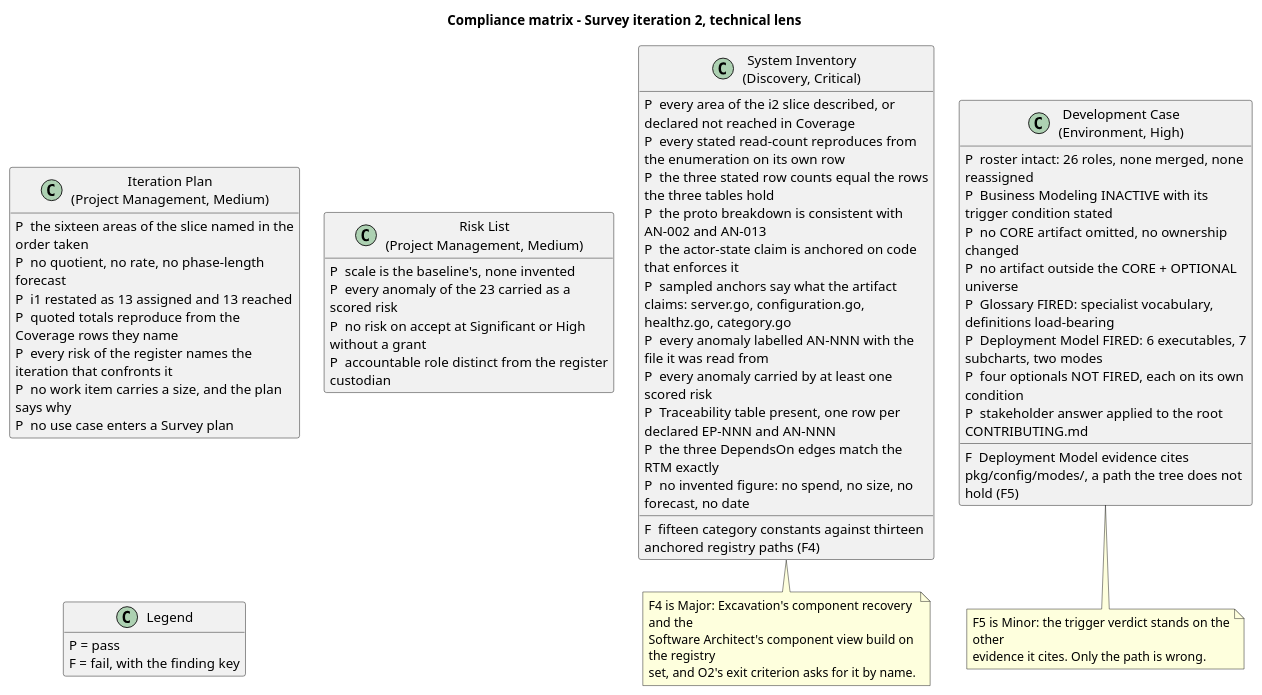
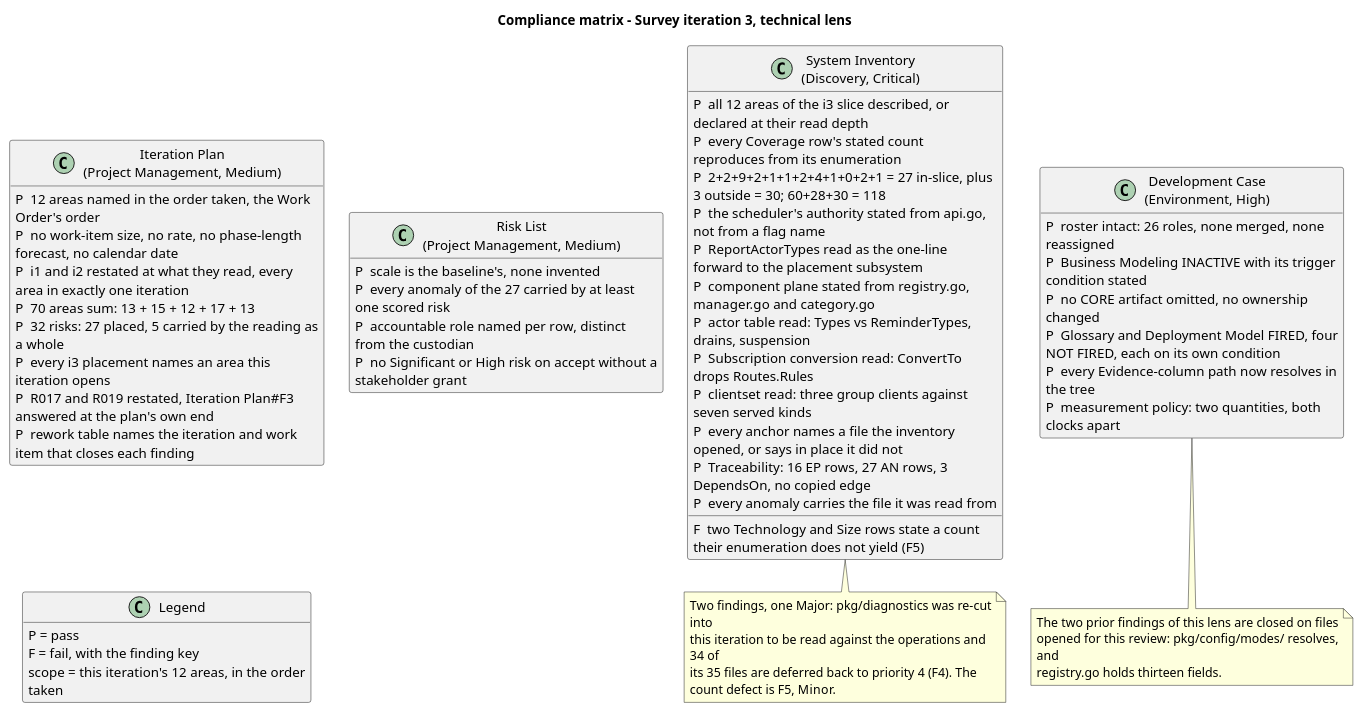
The second of 12 diagrams in docs/artifacts/project-management/review-record.md (banense-test/dapr), drawn with PlantUML before and after one commit. The commit also changed other lines of this file, not shown here.

First line of the commit message:
Reviewer [Survey3]: upsert Review Record

````diff
--- a/docs/artifacts/project-management/review-record.md
+++ b/docs/artifacts/project-management/review-record.md
@@ -234,69 +240,71 @@
 ```plantuml
 @startuml
-title Compliance matrix - Survey iteration 2, technical lens
+title Compliance matrix - Survey iteration 3, technical lens
 hide empty members
 skinparam classAttributeIconSize 0
-skinparam wrapWidth 300
+skinparam wrapWidth 320
 skinparam nodesep 26
 skinparam ranksep 34
 
 class "System Inventory\n(Discovery, Critical)" as SI {
-  P  every area of the i2 slice described, or declared not reached in Coverage
-  P  every stated read-count reproduces from the enumeration on its own row
-  P  the three stated row counts equal the rows the three tables hold
-  P  the proto breakdown is consistent with AN-002 and AN-013
-  P  the actor-state claim is anchored on code that enforces it
-  P  sampled anchors say what the artifact claims: server.go, configuration.go, healthz.go, category.go
-  F  fifteen category constants against thirteen anchored registry paths (F4)
-  P  every anomaly labelled AN-NNN with the file it was read from
-  P  every anomaly carried by at least one scored risk
-  P  Traceability table present, one row per declared EP-NNN and AN-NNN
-  P  the three DependsOn edges match the RTM exactly
-  P  no invented figure: no spend, no size, no forecast, no date
+  P  all 12 areas of the i3 slice described, or declared at their read depth
+  P  every Coverage row's stated count reproduces from its enumeration
+  P  2+2+9+2+1+1+2+4+1+0+2+1 = 27 in-slice, plus 3 outside = 30; 60+28+30 = 118
+  P  the scheduler's authority stated from api.go, not from a flag name
+  P  ReportActorTypes read as the one-line forward to the placement subsystem
+  P  component plane stated from registry.go, manager.go and category.go
+  P  actor table read: Types vs ReminderTypes, drains, suspension
+  P  Subscription conversion read: ConvertTo drops Routes.Rules
+  P  clientset read: three group clients against seven served kinds
+  P  every anchor names a file the inventory opened, or says in place it did not
+  P  Traceability: 16 EP rows, 27 AN rows, 3 DependsOn, no copied edge
+  P  every anomaly carries the file it was read from
+  F  two Technology and Size rows state a count their enumeration does not yield (F5)
 }
 
 class "Iteration Plan\n(Project Management, Medium)" as IP {
-  P  the sixteen areas of the slice named in the order taken
-  P  no quotient, no rate, no phase-length forecast
-  P  i1 restated as 13 assigned and 13 reached
-  P  quoted totals reproduce from the Coverage rows they name
-  P  every risk of the register names the iteration that confronts it
-  P  no work item carries a size, and the plan says why
-  P  no use case enters a Survey plan
+  P  12 areas named in the order taken, the Work Order's order
+  P  no work-item size, no rate, no phase-length forecast, no calendar date
+  P  i1 and i2 restated at what they read, every area in exactly one iteration
+  P  70 areas sum: 13 + 15 + 12 + 17 + 13
+  P  32 risks: 27 placed, 5 carried by the reading as a whole
+  P  every i3 placement names an area this iteration opens
+  P  R017 and R019 restated, Iteration Plan#F3 answered at the plan's own end
+  P  rework table names the iteration and work item that closes each finding
 }
 
 class "Risk List\n(Project Management, Medium)" as RL {
   P  scale is the baseline's, none invented
-  P  every anomaly of the 23 carried as a scored risk
-  P  no risk on accept at Significant or High without a grant
-  P  accountable role distinct from the register custodian
+  P  every anomaly of the 27 carried by at least one scored risk
+  P  accountable role named per row, distinct from the custodian
+  P  no Significant or High risk on accept without a stakeholder grant
 }
 
 class "Development Case\n(Environment, High)" as DC {
   P  roster intact: 26 roles, none merged, none reassigned
   P  Business Modeling INACTIVE with its trigger condition stated
   P  no CORE artifact omitted, no ownership changed
-  P  no artifact outside the CORE + OPTIONAL universe
-  P  Glossary FIRED: specialist vocabulary, definitions load-bearing
-  P  Deployment Model FIRED: 6 executables, 7 subcharts, two modes
-  P  four optionals NOT FIRED, each on its own condition
-  P  stakeholder answer applied to the root CONTRIBUTING.md
-  F  Deployment Model evidence cites pkg/config/modes/, a path the tree does not hold (F5)
+  P  Glossary and Deployment Model FIRED, four NOT FIRED, each on its own condition
+  P  every Evidence-column path now resolves in the tree
+  P  measurement policy: two quantities, both clocks apart
 }
 
 class "Legend" as L {
   P = pass
   F = fail, with the finding key
+  scope = this iteration's 12 areas, in the order taken
 }
 
 note bottom of SI
-  F4 is Major: Excavation's component recovery and the
-  Software Architect's component view build on the registry
-  set, and O2's exit criterion asks for it by name.
+  Two findings, one Major: pkg/diagnostics was re-cut into
+  this iteration to be read against the operations and 34 of
+  its 35 files are deferred back to priority 4 (F4). The
+  count defect is F5, Minor.
 end note
 note bottom of DC
-  F5 is Minor: the trigger verdict stands on the other
-  evidence it cites. Only the path is wrong.
+  The two prior findings of this lens are closed on files
+  opened for this review: pkg/config/modes/ resolves, and
+  registry.go holds thirteen fields.
 end note
 @enduml
 ```
````
